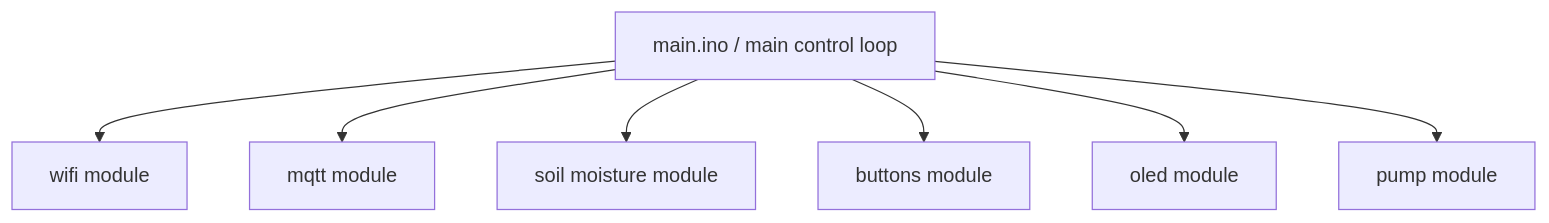
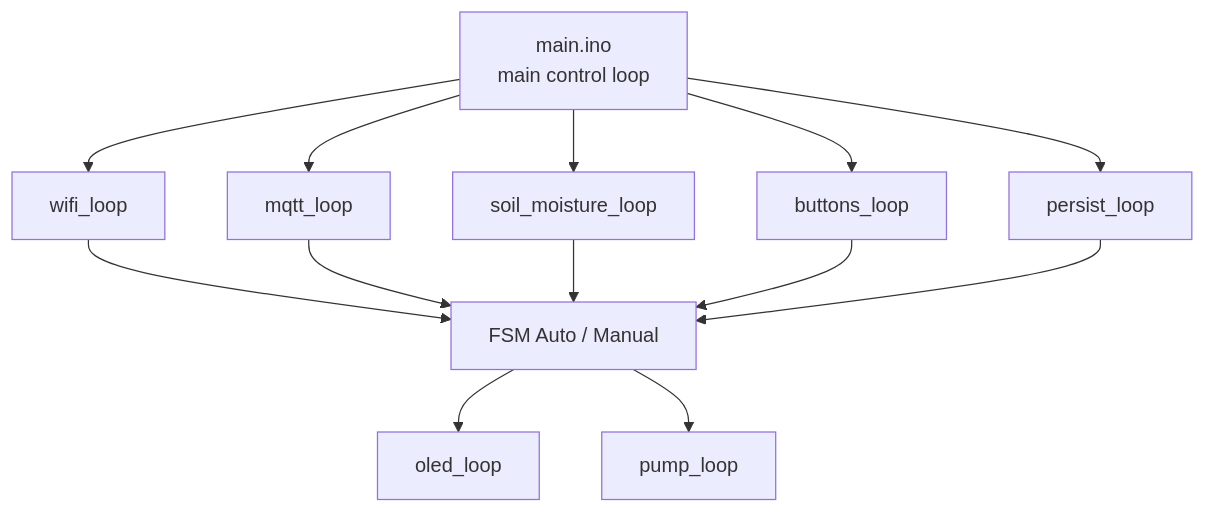
Before and after one commit to javierandrada/esp32-smart-irrigation: the second of 2 diagrams in README.md, drawn with Mermaid. The commit also changed other lines of this file, not shown here.

````diff
--- a/README.md
+++ b/README.md
@@ -76,9 +76,20 @@
-``` mermaid
-graph TD
-    MAIN[main.ino / main control loop] --> WIFI[wifi module]
-    MAIN --> MQTT[mqtt module]
-    MAIN --> SENSOR[soil moisture module]
-    MAIN --> BUTTONS[buttons module]
-    MAIN --> OLED[oled module]
-    MAIN --> PUMP[pump module]
+```mermaid
+flowchart TD
+
+A[main.ino<br>main control loop]
+
+A --> B[wifi_loop]
+A --> C[mqtt_loop]
+A --> D[soil_moisture_loop]
+A --> E[buttons_loop]
+A --> F[persist_loop]
+
+B --> G[FSM Auto / Manual]
+C --> G
+D --> G
+E --> G
+F --> G
+
+G --> H[oled_loop]
+G --> I[pump_loop]
 ```
````
